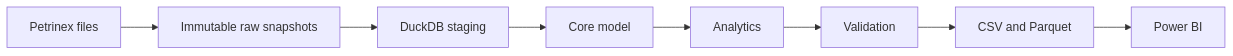
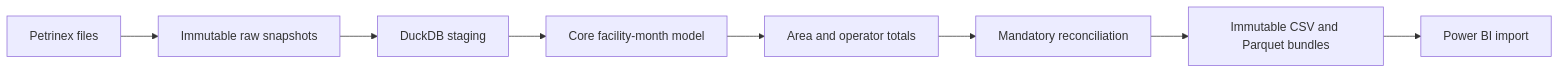
The diagram in README.md (manavpreet1809/alberta-gas-intelligence), drawn with Mermaid before and after one commit. The commit also changed other lines of this file and 12 other files, not shown here.

````diff
--- a/README.md
+++ b/README.md
@@ -10,10 +16,10 @@
 ```mermaid
 flowchart LR
     A[Petrinex files] --> B[Immutable raw snapshots]
     B --> C[DuckDB staging]
-    C --> D[Core model]
-    D --> E[Analytics]
-    E --> F[Validation]
-    F --> G[CSV and Parquet]
-    G --> H[Power BI]
+    C --> D[Core facility-month model]
+    D --> E[Area and operator totals]
+    E --> F[Mandatory reconciliation]
+    F --> G[Immutable CSV and Parquet bundles]
+    G --> H[Power BI import]
 ```
````
